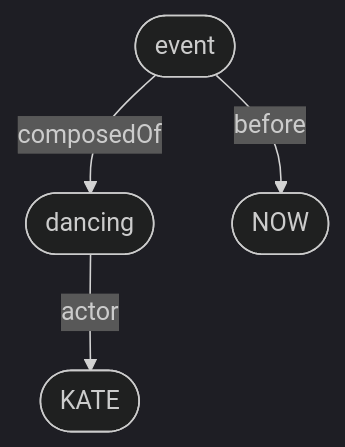
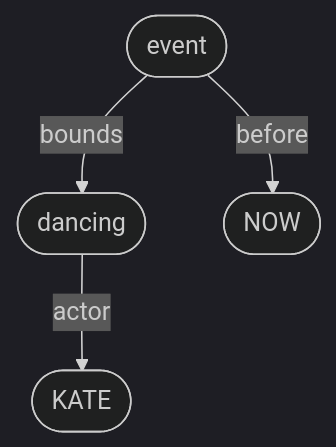
The fourth of 6 diagrams in Comrie1985.md (maglocvnus/verbs), drawn with Mermaid (dark theme) before and after one commit. The commit also changed other lines of this file, not shown here.

````diff
--- a/Comrie1985.md
+++ b/Comrie1985.md
@@ -130,10 +130,10 @@
 ```mermaid
 graph TD
   x([event])
-  x -- composedOf --> y
+  x -- bounds --> y
   y([dancing])
   kate([KATE])
   now([NOW])
   y -- actor --> kate
   x -- before --> now
 ```
````
